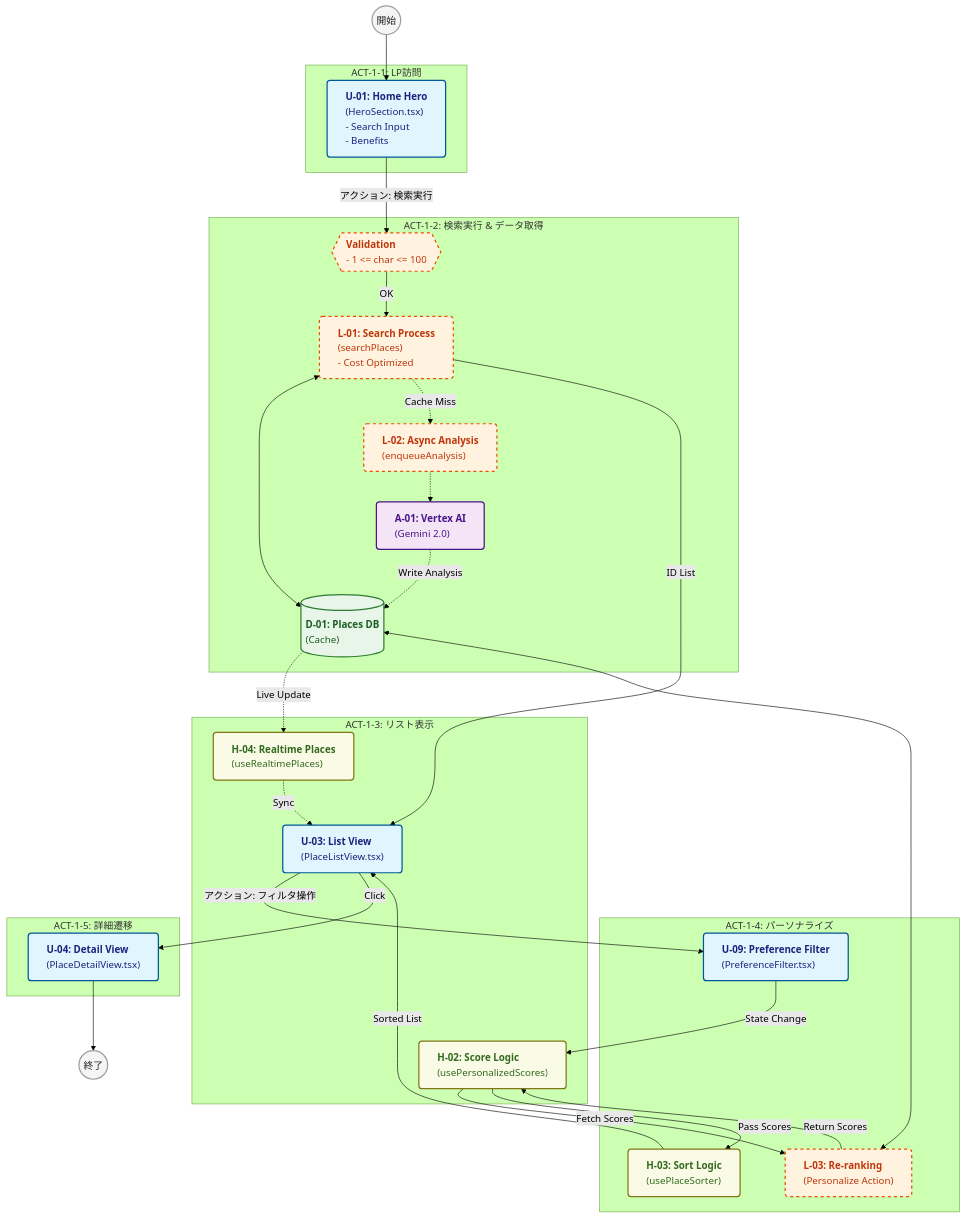
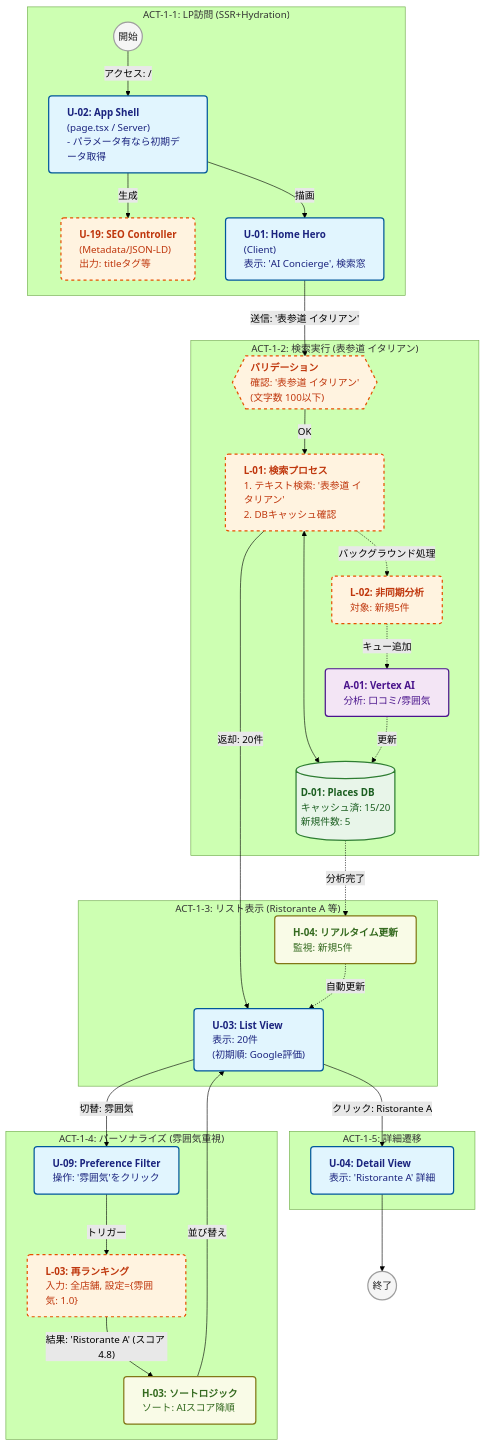
The first of 14 diagrams in docs/仕様書.md (plplbody/googlemap-reviews-AIanalyzer), drawn with Mermaid (forest theme) before and after one commit. The commit also changed other lines of this file and 10 other files, not shown here.

````diff
--- a/docs/仕様書.md
+++ b/docs/仕様書.md
@@ -289,64 +291,65 @@
 ```mermaid
 flowchart TD
     %% Define Classes
     classDef ui fill:#e1f5fe,stroke:#01579b,stroke-width:2px,rx:5,ry:5,color:#1a237e,text-align:left
     classDef comp fill:#f9fbe7,stroke:#827717,stroke-width:2px,rx:5,ry:5,color:#33691e,text-align:left
     classDef logic fill:#fff3e0,stroke:#e65100,stroke-width:2px,stroke-dasharray: 5 5,rx:5,ry:5,color:#bf360c,text-align:left
     classDef ai fill:#f3e5f5,stroke:#4a148c,stroke-width:2px,rx:5,ry:5,color:#4a148c,text-align:left
     classDef db fill:#e8f5e9,stroke:#2e7d32,stroke-width:2px,rx:0,ry:0,color:#1b5e20,text-align:left
     classDef startend fill:#f5f5f5,stroke:#9e9e9e,stroke-width:2px,rx:50,ry:50,color:#212121
 
     S1_Start((開始)):::startend
     S1_End((終了)):::startend
 
-    subgraph ACT_1_1 ["ACT-1-1: LP訪問"]
-        U_01["<b>U-01: Home Hero</b><br/>(HeroSection.tsx)<br/>- Search Input<br/>- Benefits"]:::ui
+    subgraph ACT_1_1 ["ACT-1-1: LP訪問 (SSR+Hydration)"]
+        U_02["<b>U-02: App Shell</b><br/>(page.tsx / Server)<br/>- パラメータ有なら初期データ取得"]:::ui
+        U_SEO["<b>U-19: SEO Controller</b><br/>(Metadata/JSON-LD)<br/>出力: titleタグ等"]:::logic
+        U_01["<b>U-01: Home Hero</b><br/>(Client)<br/>表示: 'AI Concierge', 検索窓"]:::ui
+        
+        S1_Start -- "アクセス: /" --> U_02
+        U_02 -- "生成" --> U_SEO
+        U_02 -- "描画" --> U_01
     end
 
-    subgraph ACT_1_2 ["ACT-1-2: 検索実行 & データ取得"]
-        L_Valid{{"<b>Validation</b><br/>- 1 <= char <= 100"}}:::logic
-        L_01["<b>L-01: Search Process</b><br/>(searchPlaces)<br/>- Cost Optimized"]:::logic
-        D_01[("<b>D-01: Places DB</b><br/>(Cache)")]:::db
-        L_02["<b>L-02: Async Analysis</b><br/>(enqueueAnalysis)"]:::logic
-        A_01["<b>A-01: Vertex AI</b><br/>(Gemini 2.0)"]:::ai
+    subgraph ACT_1_2 ["ACT-1-2: 検索実行 (表参道 イタリアン)"]
+        L_Valid{{"<b>バリデーション</b><br/>確認: '表参道 イタリアン'<br>(文字数 100以下)"}}:::logic
+        L_01["<b>L-01: 検索プロセス</b><br/>1. テキスト検索: '表参道 イタリアン'<br/>2. DBキャッシュ確認"]:::logic
+        D_01[("<b>D-01: Places DB</b><br/>キャッシュ済: 15/20<br/>新規件数: 5")]:::db
+        L_02["<b>L-02: 非同期分析</b><br/>対象: 新規5件"]:::logic
+        A_01["<b>A-01: Vertex AI</b><br/>分析: 口コミ/雰囲気"]:::ai
         
-        U_01 -- "アクション: 検索実行" --> L_Valid
+        U_01 -- "送信: '表参道 イタリアン'" --> L_Valid
         L_Valid -- "OK" --> L_01
         L_01 <--> D_01
-        L_01 -. "Cache Miss" .-> L_02
-        L_02 -.-> A_01
-        A_01 -. "Write Analysis" .-> D_01
+        L_01 -. "バックグラウンド処理" .-> L_02
+        L_02 -. "キュー追加" .-> A_01
+        A_01 -. "更新" .-> D_01
     end
 
-    subgraph ACT_1_3 ["ACT-1-3: リスト表示"]
-        U_03["<b>U-03: List View</b><br/>(PlaceListView.tsx)"]:::ui
-        H_02["<b>H-02: Score Logic</b><br/>(usePersonalizedScores)"]:::comp
-        H_04["<b>H-04: Realtime Places</b><br/>(useRealtimePlaces)"]:::comp
+    subgraph ACT_1_3 ["ACT-1-3: リスト表示 (Ristorante A 等)"]
+        U_03["<b>U-03: List View</b><br/>表示: 20件<br/>(初期順: Google評価)"]:::ui
+        H_04["<b>H-04: リアルタイム更新</b><br/>監視: 新規5件"]:::comp
 
-        L_01 -- "ID List" --> U_03
-        D_01 -. "Live Update" .-> H_04
-        H_04 -. "Sync" .-> U_03
+        L_01 -- "返却: 20件" --> U_03
+        D_01 -. "分析完了" .-> H_04
+        H_04 -. "自動更新" .-> U_03
     end
 
-    subgraph ACT_1_4 ["ACT-1-4: パーソナライズ"]
-        U_09["<b>U-09: Preference Filter</b><br/>(PreferenceFilter.tsx)"]:::ui
-        L_03["<b>L-03: Re-ranking</b><br/>(Personalize Action)"]:::logic
-        H_03["<b>H-03: Sort Logic</b><br/>(usePlaceSorter)"]:::comp
+    subgraph ACT_1_4 ["ACT-1-4: パーソナライズ (雰囲気重視)"]
+        U_09["<b>U-09: Preference Filter</b><br/>操作: '雰囲気'をクリック"]:::ui
+        L_03["<b>L-03: 再ランキング</b><br/>入力: 全店舗, 設定={雰囲気: 1.0}"]:::logic
+        H_03["<b>H-03: ソートロジック</b><br/>ソート: AIスコア降順"]:::comp
 
-        U_03 -- "アクション: フィルタ操作" --> U_09
-        U_09 -- "State Change" --> H_02
-        H_02 -- "Fetch Scores" --> L_03
-        L_03 <--> D_01
-        L_03 -- "Return Scores" --> H_02
-        H_02 -- "Pass Scores" --> H_03
-        H_03 -- "Sorted List" --> U_03
+        U_03 -- "切替: 雰囲気" --> U_09
+        U_09 -- "トリガー" --> L_03
+        L_03 -- "結果: 'Ristorante A' (スコア 4.8)" --> H_03
+        H_03 -- "並び替え" --> U_03
     end
 
     subgraph ACT_1_5 ["ACT-1-5: 詳細遷移"]
-        U_04["<b>U-04: Detail View</b><br/>(PlaceDetailView.tsx)"]:::ui
+        U_04["<b>U-04: Detail View</b><br/>表示: 'Ristorante A' 詳細"]:::ui
     end
 
-    S1_Start --> U_01
-    U_03 -- "Click" --> U_04
+    U_03 -- "クリック: Ristorante A" --> U_04
     U_04 --> S1_End
 ```
````
